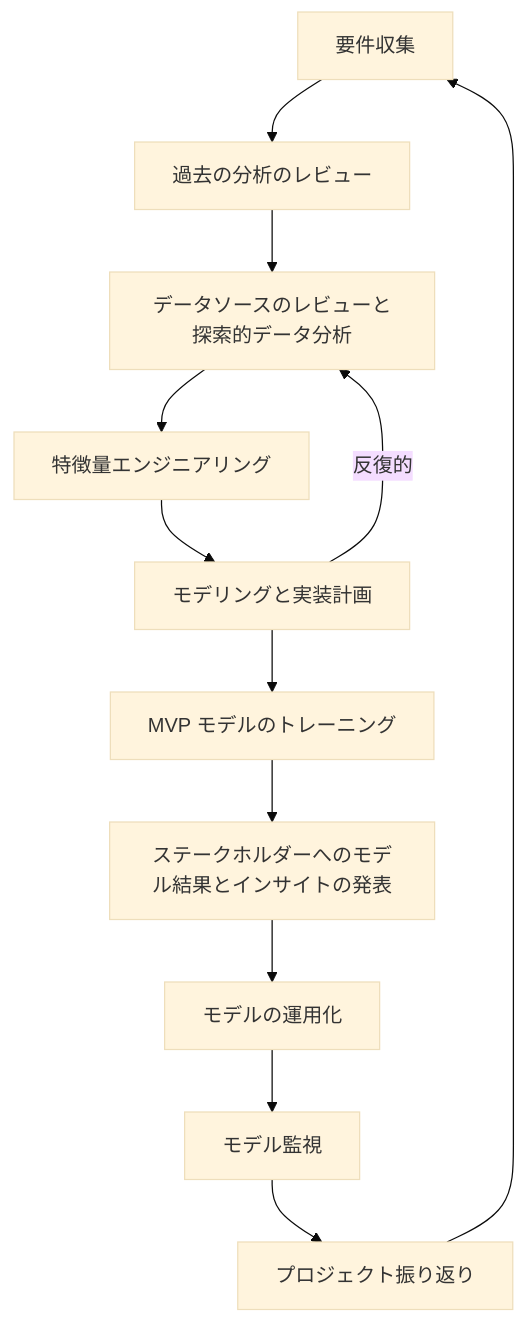
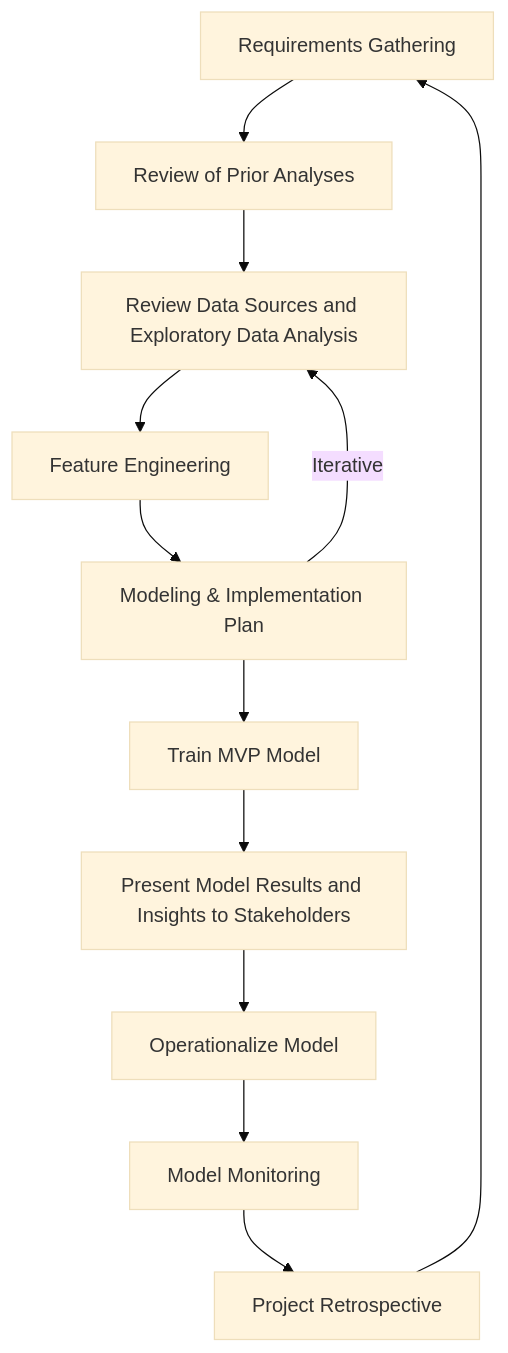
One commit to kyama0/gitlab-handbook-ja changed the diagram in content/handbook/enterprise-data/organization/data-science/project_dev_approach/index.md. Above: the diagram before and after it, drawn with Mermaid (base theme). The commit also changed other lines of this file and 100 other files, not shown here.

````diff
--- a/content/handbook/enterprise-data/organization/data-science/project_dev_approach/index.md
+++ b/content/handbook/enterprise-data/organization/data-science/project_dev_approach/index.md
@@ -16,24 +16,24 @@
 ```mermaid
 graph
-    A[要件収集]
-    B[過去の分析のレビュー]
-    C[データソースのレビューと探索的データ分析]
-    D[特徴量エンジニアリング]
-    E[モデリングと実装計画]
-    F[MVP モデルのトレーニング]
-    G[ステークホルダーへのモデル結果とインサイトの発表]
-    I[モデルの運用化]
-    J[モデル監視]
-    K[プロジェクト振り返り]
+    A[Requirements Gathering]
+    B[Review of Prior Analyses]
+    C[Review Data Sources and Exploratory Data Analysis]
+    D[Feature Engineering]
+    E[Modeling & Implementation Plan]
+    F[Train MVP Model]
+    G[Present Model Results and Insights to Stakeholders]
+    I[Operationalize Model]
+    J[Model Monitoring]
+    K[Project Retrospective]
     A --> B
     B --> C
     C --> D
     D --> E
-    E --> |反復的| C
+    E --> |Iterative| C
     E --> F
     F --> G
     G --> I
     I --> J
     J --> K
     K --> A
 ```
````
